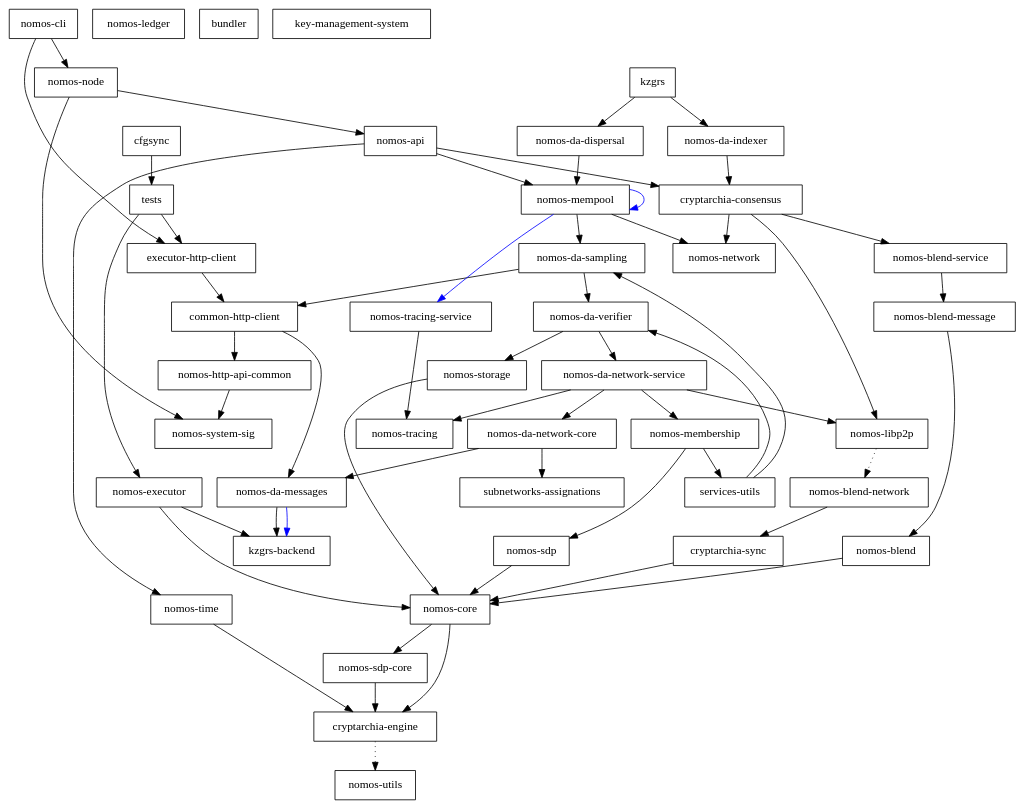
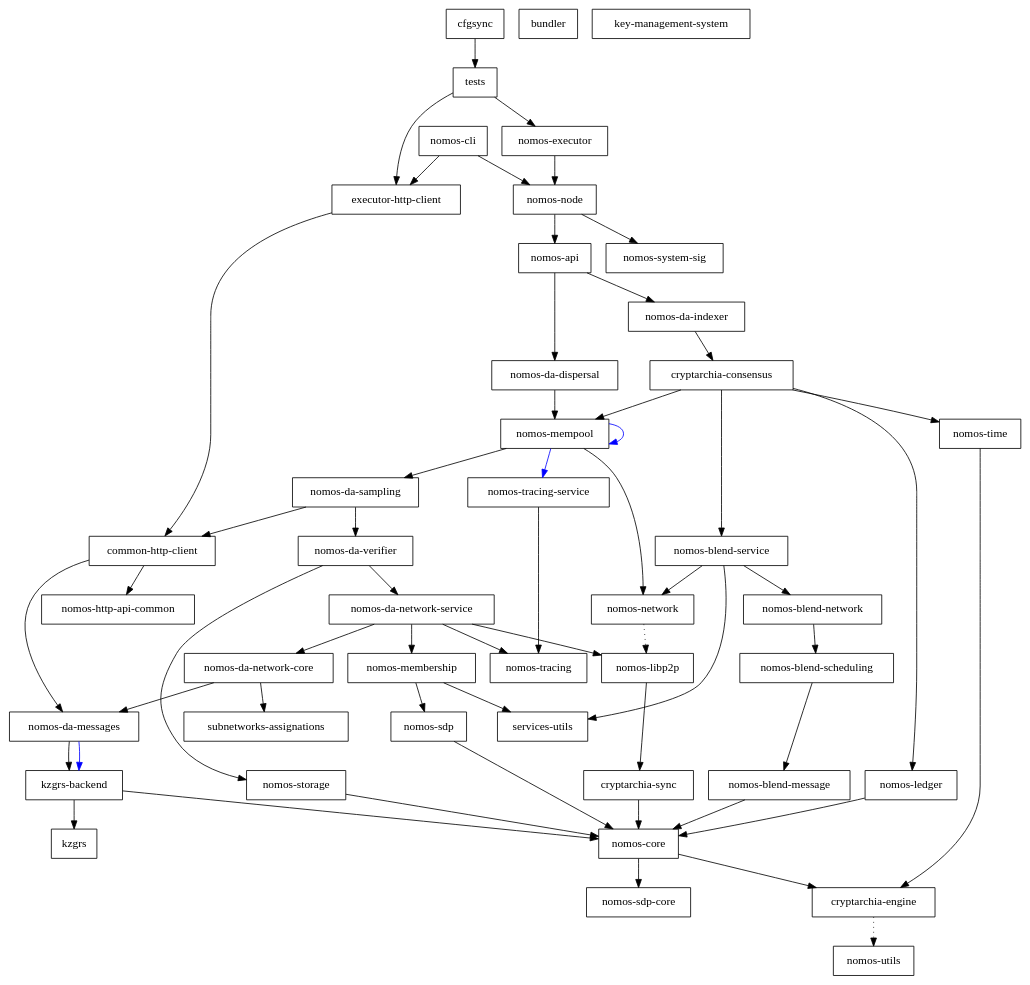
One commit to logos-co/nomos changed the diagram in dependencies_graph.dot. Above: the diagram before and after it, drawn with Graphviz.

Commit message:
Update dep graph

```diff
--- a/dependencies_graph.dot
+++ b/dependencies_graph.dot
@@ -1,102 +1,101 @@
 digraph {
     0 [ label = "cryptarchia-engine" shape = box]
     1 [ label = "nomos-utils" shape = box]
     2 [ label = "cryptarchia-sync" shape = box]
     3 [ label = "nomos-core" shape = box]
     4 [ label = "nomos-sdp-core" shape = box]
     5 [ label = "nomos-ledger" shape = box]
     6 [ label = "nomos-http-api-common" shape = box]
     7 [ label = "nomos-executor" shape = box]
     8 [ label = "kzgrs-backend" shape = box]
     9 [ label = "kzgrs" shape = box]
     10 [ label = "nomos-api" shape = box]
     11 [ label = "cryptarchia-consensus" shape = box]
     12 [ label = "nomos-blend-service" shape = box]
-    13 [ label = "nomos-blend" shape = box]
+    13 [ label = "nomos-blend-network" shape = box]
     14 [ label = "nomos-blend-message" shape = box]
-    15 [ label = "nomos-blend-network" shape = box]
+    15 [ label = "nomos-blend-scheduling" shape = box]
     16 [ label = "nomos-libp2p" shape = box]
     17 [ label = "nomos-network" shape = box]
     18 [ label = "services-utils" shape = box]
     19 [ label = "nomos-da-sampling" shape = box]
     20 [ label = "common-http-client" shape = box]
     21 [ label = "nomos-da-messages" shape = box]
     22 [ label = "nomos-da-network-core" shape = box]
     23 [ label = "subnetworks-assignations" shape = box]
     24 [ label = "nomos-da-network-service" shape = box]
     25 [ label = "nomos-membership" shape = box]
     26 [ label = "nomos-sdp" shape = box]
     27 [ label = "nomos-tracing" shape = box]
     28 [ label = "nomos-da-verifier" shape = box]
     29 [ label = "nomos-storage" shape = box]
     30 [ label = "nomos-mempool" shape = box]
     31 [ label = "nomos-tracing-service" shape = box]
     32 [ label = "nomos-time" shape = box]
     33 [ label = "nomos-da-dispersal" shape = box]
     34 [ label = "nomos-da-indexer" shape = box]
     35 [ label = "nomos-node" shape = box]
     36 [ label = "nomos-system-sig" shape = box]
     37 [ label = "executor-http-client" shape = box]
     38 [ label = "bundler" shape = box]
     39 [ label = "nomos-cli" shape = box]
     40 [ label = "key-management-system" shape = box]
     41 [ label = "cfgsync" shape = box]
     42 [ label = "tests" shape = box]
     0 -> 1 [ style = dotted]
     2 -> 3 [ ]
     3 -> 0 [ ]
     3 -> 4 [ ]
-    4 -> 0 [ ]
-    6 -> 36 [ ]
-    7 -> 8 [ ]
-    7 -> 3 [ ]
-    9 -> 33 [ ]
-    9 -> 34 [ ]
-    10 -> 11 [ ]
-    10 -> 30 [ ]
-    10 -> 32 [ ]
+    5 -> 3 [ ]
+    7 -> 35 [ ]
+    8 -> 9 [ ]
+    8 -> 3 [ ]
+    10 -> 33 [ ]
+    10 -> 34 [ ]
     11 -> 12 [ ]
-    11 -> 16 [ ]
-    11 -> 17 [ ]
-    12 -> 14 [ ]
-    13 -> 3 [ ]
-    14 -> 13 [ ]
-    15 -> 2 [ ]
-    16 -> 15 [ style = dotted]
-    18 -> 19 [ ]
-    18 -> 28 [ ]
+    11 -> 5 [ ]
+    11 -> 30 [ ]
+    11 -> 32 [ ]
+    12 -> 13 [ ]
+    12 -> 17 [ ]
+    12 -> 18 [ ]
+    13 -> 15 [ ]
+    14 -> 3 [ ]
+    15 -> 14 [ ]
+    16 -> 2 [ ]
+    17 -> 16 [ style = dotted]
     19 -> 20 [ ]
     19 -> 28 [ ]
     20 -> 21 [ ]
     20 -> 6 [ ]
     21 -> 8 [ ]
     21 -> 8 [ color = blue]
     22 -> 21 [ ]
     22 -> 23 [ ]
     24 -> 22 [ ]
     24 -> 16 [ ]
     24 -> 25 [ ]
     24 -> 27 [ ]
     25 -> 26 [ ]
     25 -> 18 [ ]
     26 -> 3 [ ]
     28 -> 24 [ ]
     28 -> 29 [ ]
     29 -> 3 [ ]
     30 -> 19 [ ]
     30 -> 30 [ color = blue]
     30 -> 17 [ ]
     30 -> 31 [ color = blue]
     31 -> 27 [ ]
     32 -> 0 [ ]
     33 -> 30 [ ]
     34 -> 11 [ ]
     35 -> 10 [ ]
     35 -> 36 [ ]
     37 -> 20 [ ]
     39 -> 37 [ ]
     39 -> 35 [ ]
     41 -> 42 [ ]
     42 -> 37 [ ]
     42 -> 7 [ ]
 }
```
